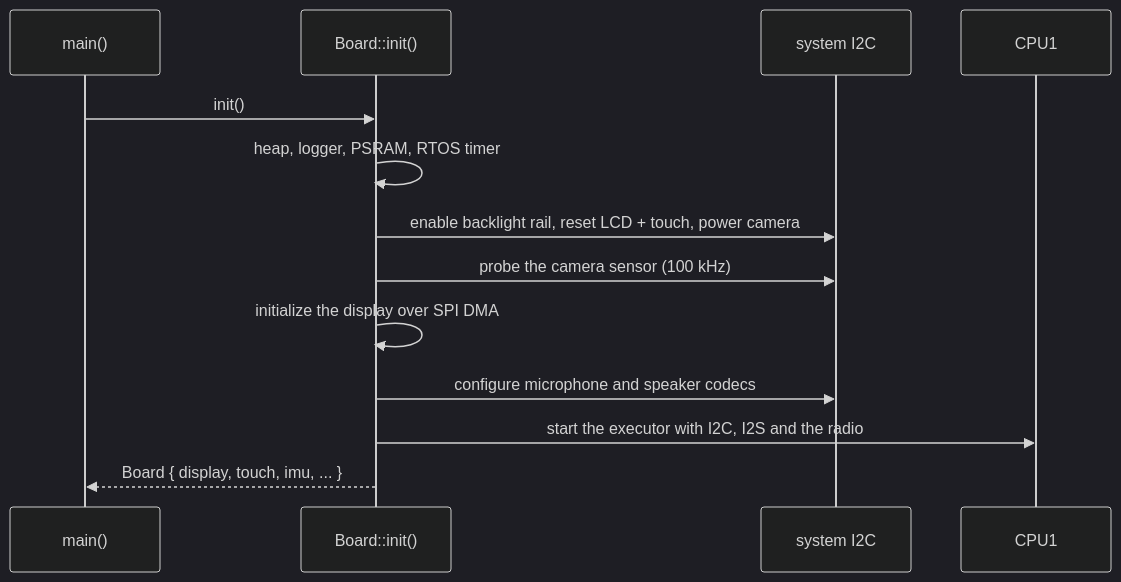
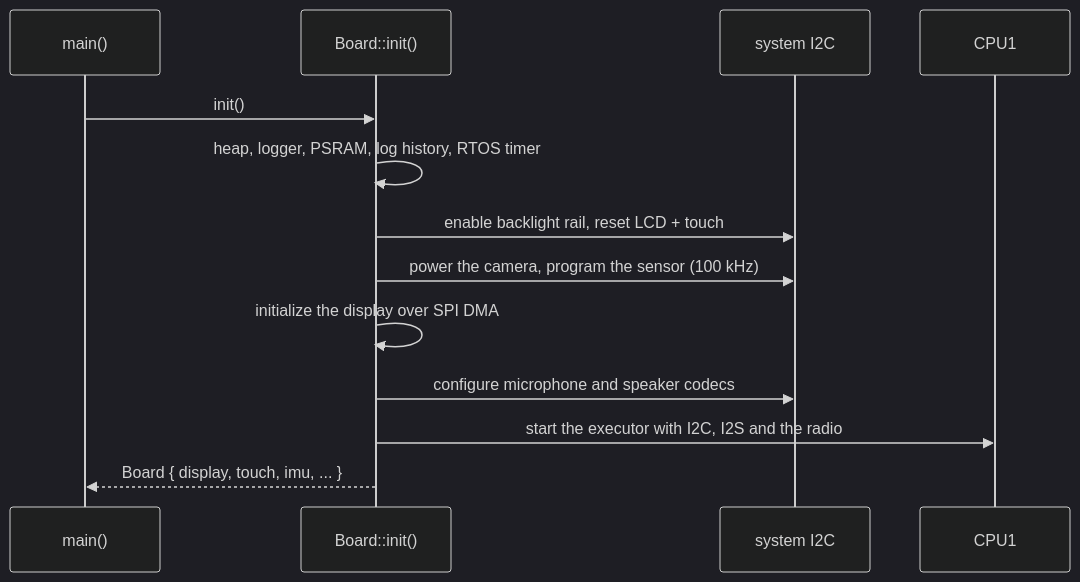
One commit to wackazong/hackandhike-2026 changed the second of 6 diagrams in docs/architecture.md. Above: the diagram before and after it, drawn with Mermaid (dark theme). The commit also changed other lines of this file and 2 other files, not shown here.

First line of the commit message:
docs: README for the first hour, architecture for the machinery

````diff
--- a/docs/architecture.md
+++ b/docs/architecture.md
@@ -48,16 +49,16 @@
 ```mermaid
 sequenceDiagram
     participant Main as main()
     participant Board as Board::init()
     participant I2C as system I2C
     participant CPU1 as CPU1
 
     Main->>Board: init()
-    Board->>Board: heap, logger, PSRAM, RTOS timer
-    Board->>I2C: enable backlight rail, reset LCD + touch, power camera
-    Board->>I2C: probe the camera sensor (100 kHz)
+    Board->>Board: heap, logger, PSRAM, log history, RTOS timer
+    Board->>I2C: enable backlight rail, reset LCD + touch
+    Board->>I2C: power the camera, program the sensor (100 kHz)
     Board->>Board: initialize the display over SPI DMA
     Board->>I2C: configure microphone and speaker codecs
     Board->>CPU1: start the executor with I2C, I2S and the radio
     Board-->>Main: Board { display, touch, imu, ... }
 ```
````
